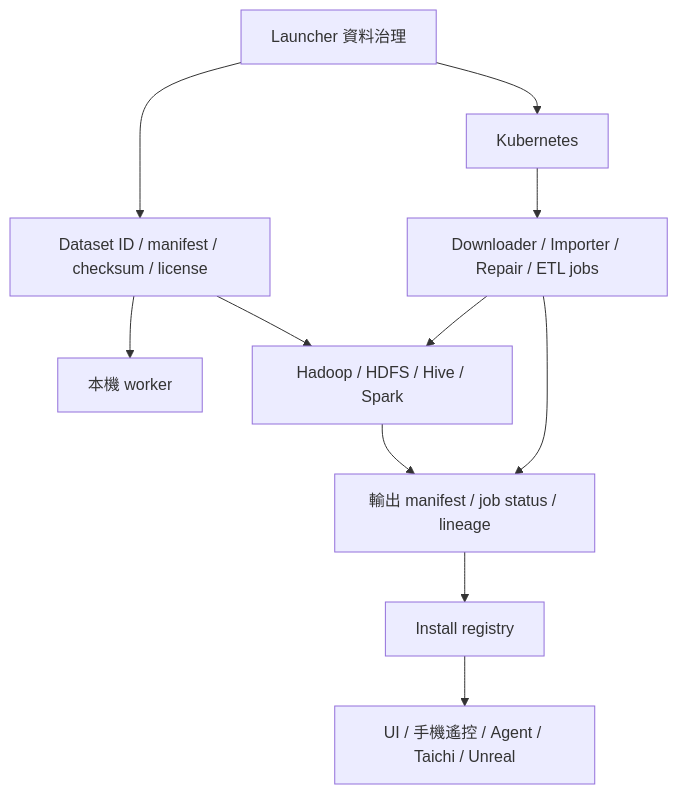
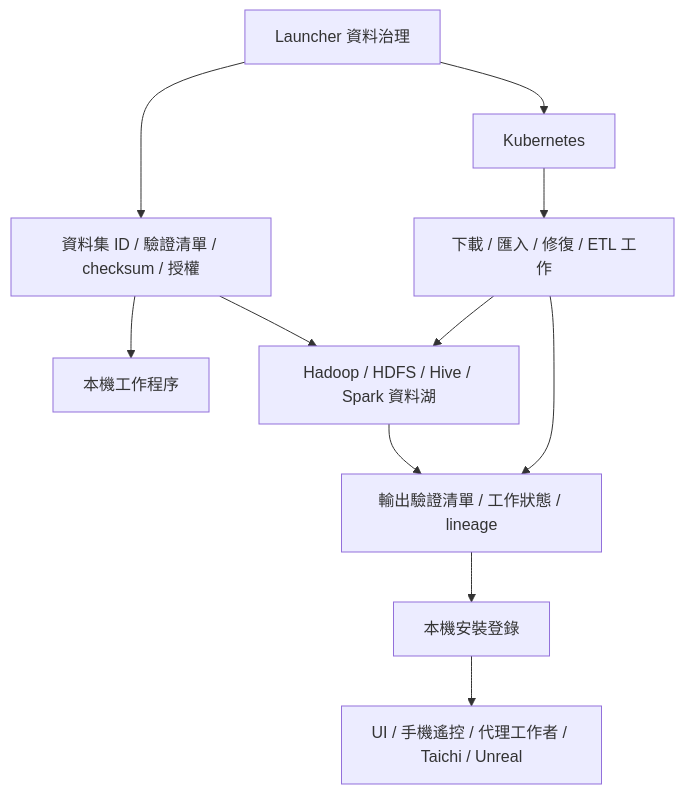
One commit to YanAnnLu/APIkeys_collection changed the second of 3 diagrams in docs/TECHNICAL_OVERVIEW.zh-TW.md. Above: the diagram before and after it, drawn with Mermaid. The commit also changed other lines of this file and 17 other files, not shown here.

````diff
--- a/docs/TECHNICAL_OVERVIEW.zh-TW.md
+++ b/docs/TECHNICAL_OVERVIEW.zh-TW.md
@@ -70,23 +70,23 @@
 ```mermaid
 flowchart TD
     Launcher[Launcher 資料治理]
-    Contract[Dataset ID / manifest / checksum / license]
-    LocalWorker[本機 worker]
-    Hadoop[Hadoop / HDFS / Hive / Spark]
+    Contract[資料集 ID / 驗證清單 / checksum / 授權]
+    LocalWorker[本機工作程序]
+    Hadoop[Hadoop / HDFS / Hive / Spark 資料湖]
     K8S[Kubernetes]
-    Jobs[Downloader / Importer / Repair / ETL jobs]
-    Result[輸出 manifest / job status / lineage]
-    Registry[Install registry]
-    Consumer[UI / 手機遙控 / Agent / Taichi / Unreal]
+    Jobs[下載 / 匯入 / 修復 / ETL 工作]
+    Result[輸出驗證清單 / 工作狀態 / lineage]
+    Registry[本機安裝登錄]
+    Consumer[UI / 手機遙控 / 代理工作者 / Taichi / Unreal]
 
     Launcher --> Contract
     Contract --> LocalWorker
     Contract --> Hadoop
     Launcher --> K8S
     K8S --> Jobs
     Jobs --> Hadoop
     Jobs --> Result
     Hadoop --> Result
     Result --> Registry
     Registry --> Consumer
 ```
````
